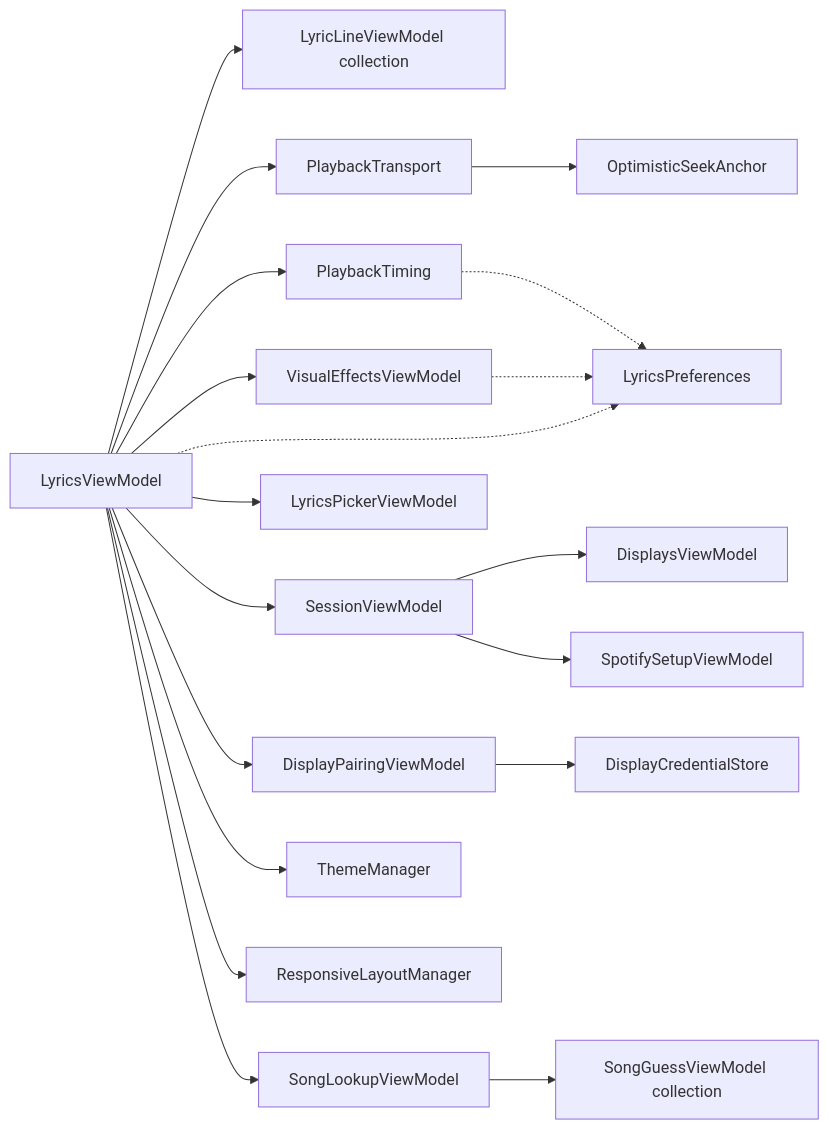
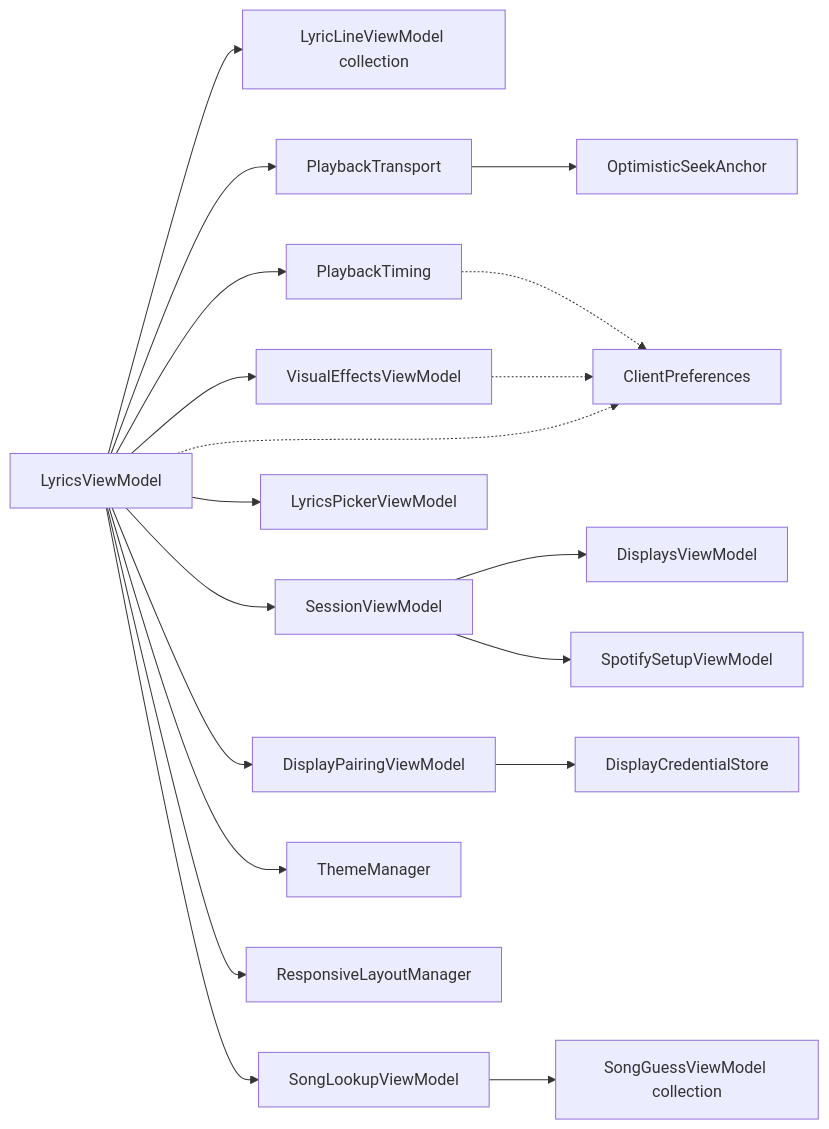
Before and after one commit to jav76/Cantus: the second of 3 diagrams in docs/architecture/client-uno.md, drawn with Mermaid. The commit also changed other lines of this file and 17 other files, not shown here.

````diff
--- a/docs/architecture/client-uno.md
+++ b/docs/architecture/client-uno.md
@@ -50,25 +50,25 @@
 ```mermaid
 flowchart LR
     LVM["LyricsViewModel"]
 
     LVM --> Lines["LyricLineViewModel collection"]
     LVM --> Transport["PlaybackTransport"]
     Transport --> Anchor["OptimisticSeekAnchor"]
     LVM --> Timing["PlaybackTiming"]
     LVM --> Session["SessionViewModel"]
     Session --> Displays["DisplaysViewModel"]
     Session --> Setup["SpotifySetupViewModel"]
     LVM --> Pairing["DisplayPairingViewModel"]
     Pairing --> Credentials["DisplayCredentialStore"]
     LVM --> Picker["LyricsPickerViewModel"]
     LVM --> Lookup["SongLookupViewModel"]
     Lookup --> Guess["SongGuessViewModel collection"]
     LVM --> FxVM["VisualEffectsViewModel"]
     LVM --> Theme["ThemeManager"]
     LVM --> Layout["ResponsiveLayoutManager"]
 
-    Prefs["LyricsPreferences"]
+    Prefs["ClientPreferences"]
     Timing -.-> Prefs
     FxVM -.-> Prefs
     LVM -.-> Prefs
 ```
````
